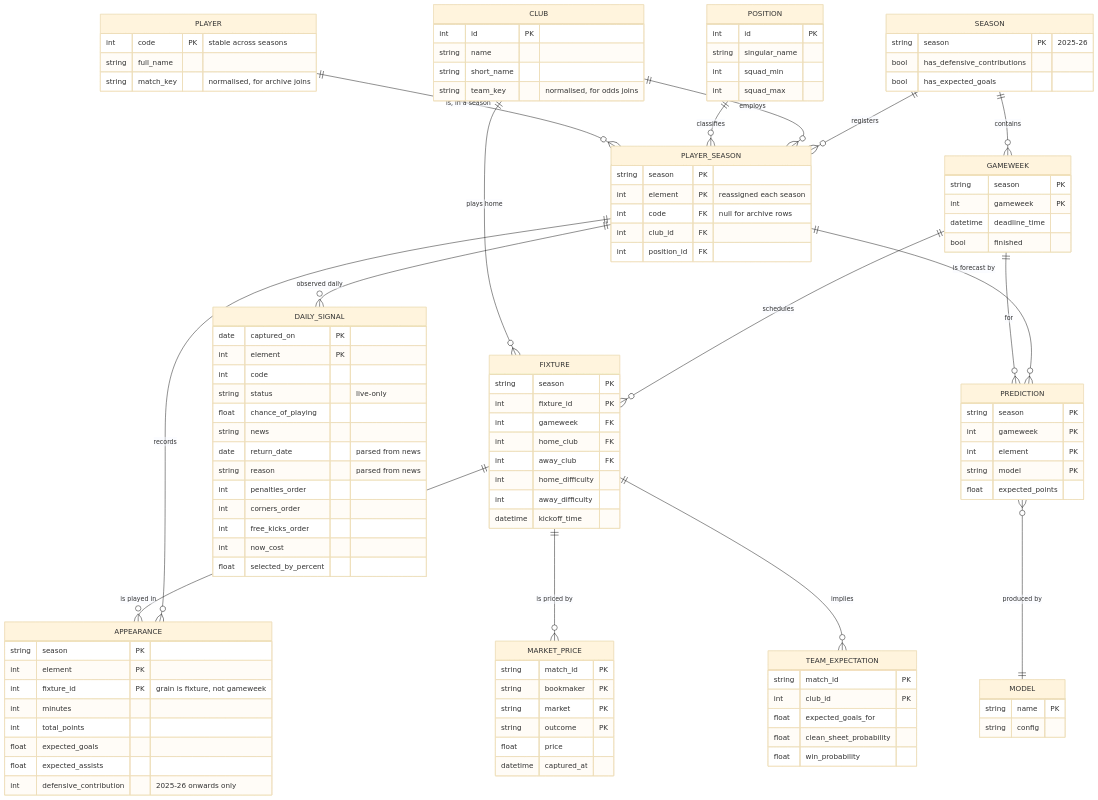
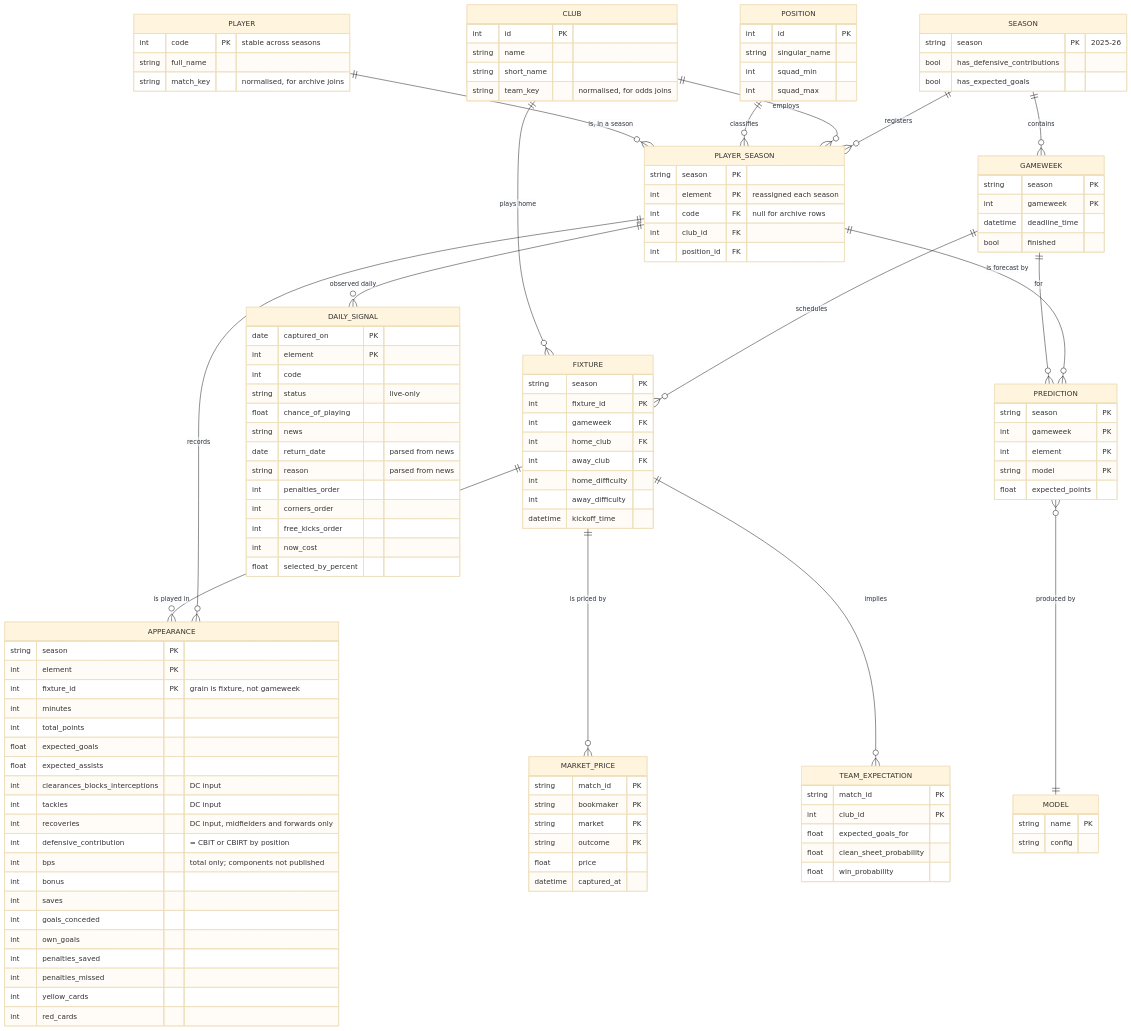
The diagram in docs/data-model.md (talonegg/fpl_dof), drawn with Mermaid (base theme) before and after one commit. The commit also changed other lines of this file and 5 other files, not shown here.

```diff
--- a/docs/data-model.md
+++ b/docs/data-model.md
@@ -146,7 +146,19 @@
         int total_points
         float expected_goals
         float expected_assists
-        int defensive_contribution "2025-26 onwards only"
+        int clearances_blocks_interceptions "DC input"
+        int tackles "DC input"
+        int recoveries "DC input, midfielders and forwards only"
+        int defensive_contribution "= CBIT or CBIRT by position"
+        int bps "total only; components not published"
+        int bonus
+        int saves
+        int goals_conceded
+        int own_goals
+        int penalties_saved
+        int penalties_missed
+        int yellow_cards
+        int red_cards
     }
     DAILY_SIGNAL {
         date captured_on PK
```
